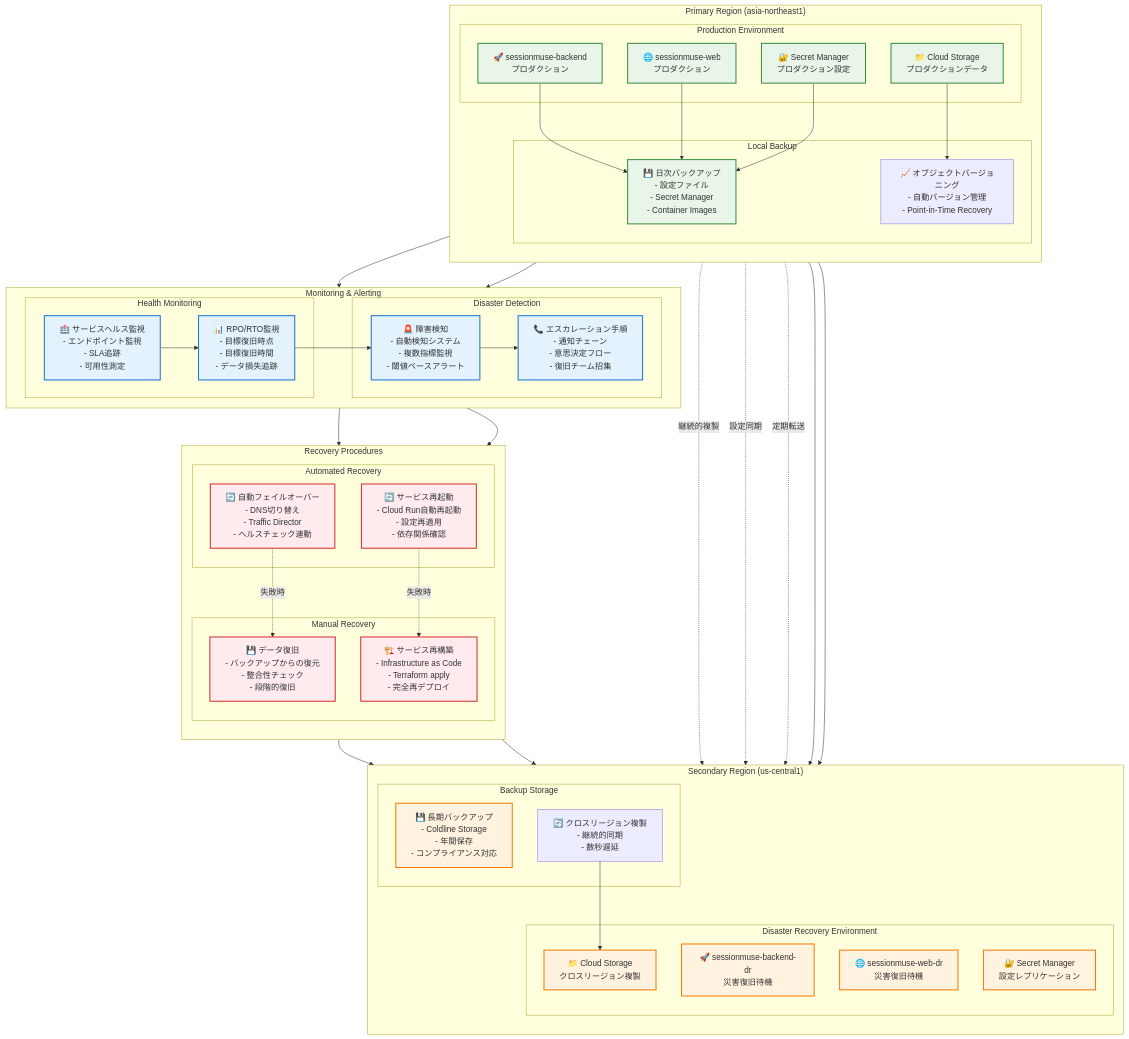
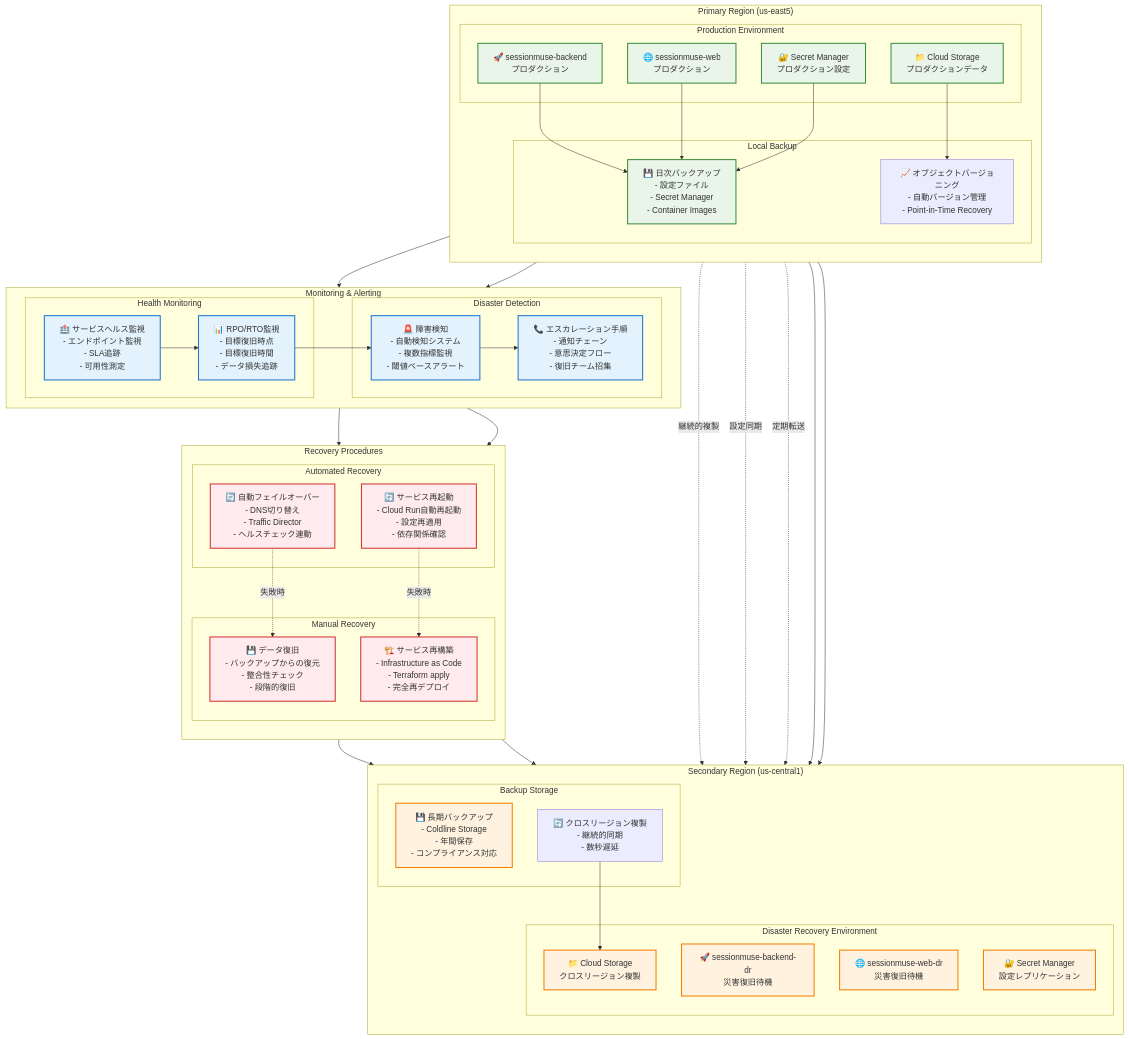
Before and after one commit to xxkuboxx/ai-hackathon-20250502: the sixth of 7 diagrams in infrastructure-design.md, drawn with Mermaid. The commit also changed other lines of this file and 2 other files, not shown here.

````diff
--- a/infrastructure-design.md
+++ b/infrastructure-design.md
@@ -863,6 +863,6 @@
 ```mermaid
 flowchart TD
-    subgraph "Primary Region (asia-northeast1)"
+    subgraph "Primary Region (us-east5)"
         direction TB
         
         subgraph "Production Environment"
````
